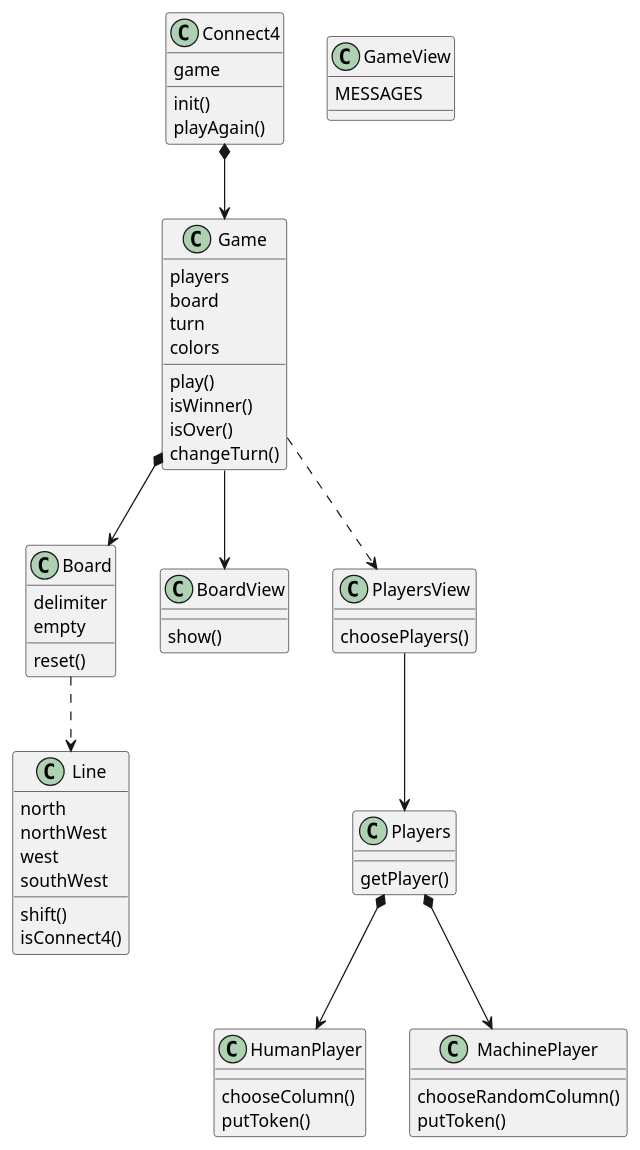
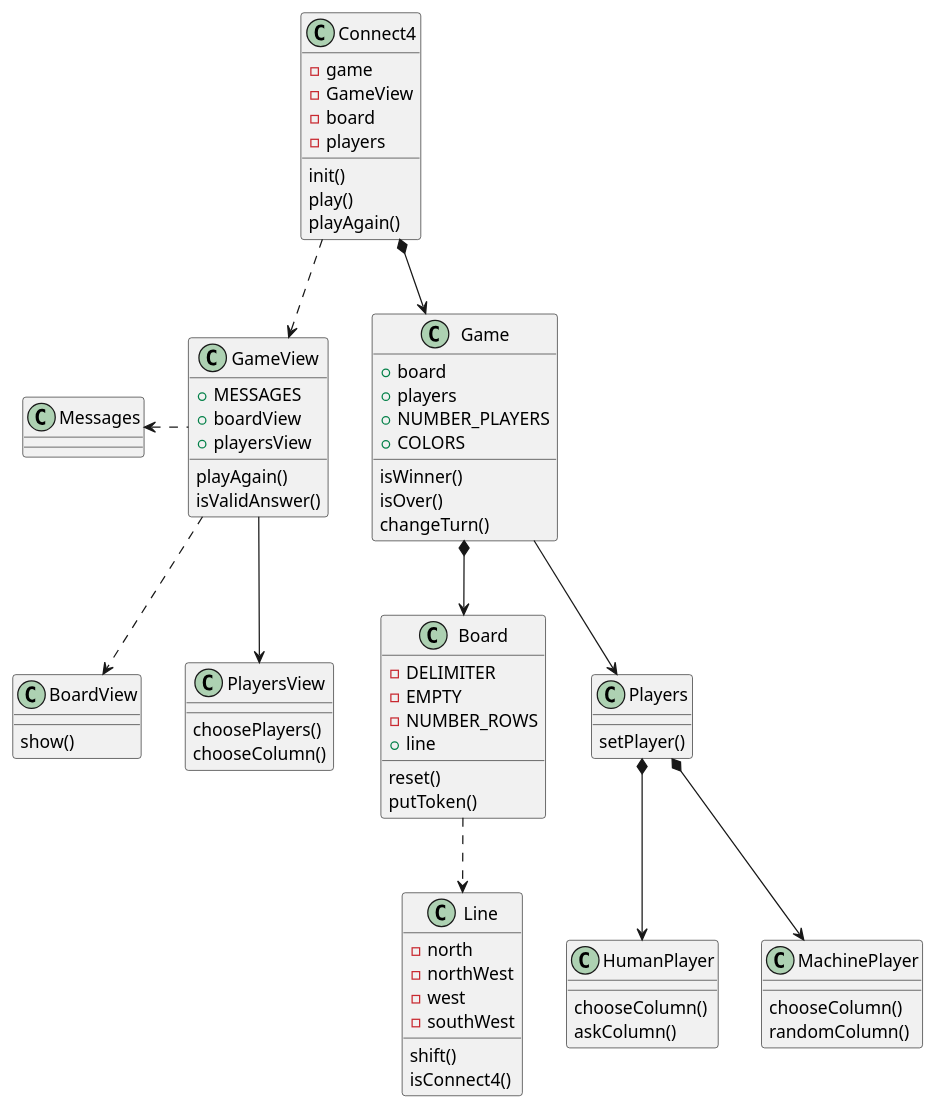
One commit to BernatQI/Master-Programacion-Diseno-Software changed the diagram in Connect4/images/structure-diagrams/classes-diagram.plantuml. Above: the diagram before and after it, drawn with PlantUML. The commit also changed 3 other files, not shown here.

```diff
--- a/Connect4/images/structure-diagrams/classes-diagram.plantuml
+++ b/Connect4/images/structure-diagrams/classes-diagram.plantuml
@@ -1,66 +1,82 @@
 @startuml "Classes Diagram"
 
 class Connect4 {
-  game
+  - game
+  - GameView
+  - board
+  - players
 
   init()
+  play()
   playAgain()
 }
 class Game {
-  players
-  board
-  turn
-  colors
+  + board
+  + players
+  + NUMBER_PLAYERS
+  + COLORS
 
-  play()
   isWinner()
   isOver()
   changeTurn()
 }
 class GameView {
-  MESSAGES
+  + MESSAGES
+  + boardView
+  + playersView
+
+  playAgain()
+  isValidAnswer()
 }
 class Board {
-  delimiter
-  empty
+  - DELIMITER
+  - EMPTY
+  - NUMBER_ROWS
+  + line
 
   reset()
+  putToken()
 }
 class BoardView {
   show()
 }
 class Line {
-  north
-  northWest
-  west
-  southWest
+  - north
+  - northWest
+  - west
+  - southWest
 
   shift()
   isConnect4()
 }
 class Players {
-  getPlayer()
+  setPlayer()
 }
 class PlayersView {
   choosePlayers()
+  chooseColumn()
 }
 class HumanPlayer {
   chooseColumn()
-  putToken()
+  askColumn()
 }
 class MachinePlayer {
-  chooseRandomColumn()
-  putToken()
+  chooseColumn()
+  randomColumn()
+}
+class Messages {
+
 }
 
 Connect4 *--> Game
-' Game -> GameView
-PlayersView --> Players
-Game ..> PlayersView
+Connect4 ..> GameView
+Game --> Players
 Game *--> Board
-Game --> BoardView
+GameView ..> BoardView
+GameView --> PlayersView
+Messages <. GameView
 Board ..> Line
 Players *--> HumanPlayer
 Players *--> MachinePlayer
 
 @enduml
```
